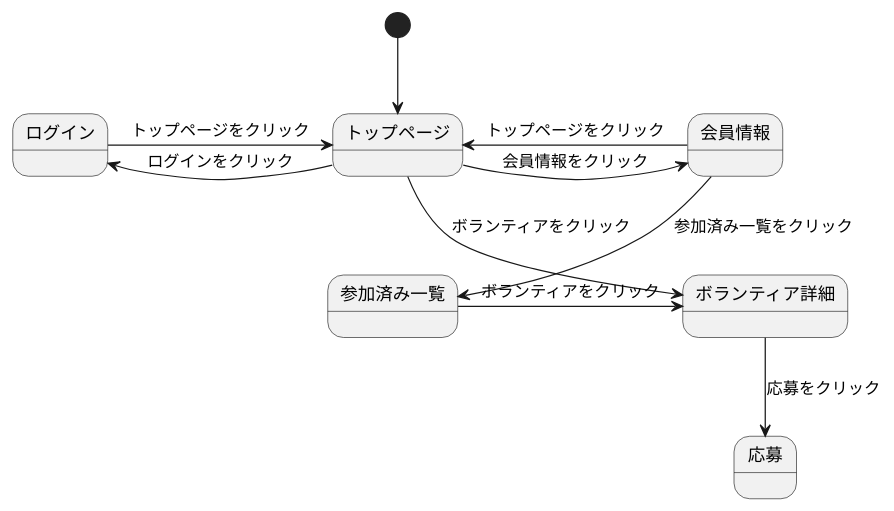
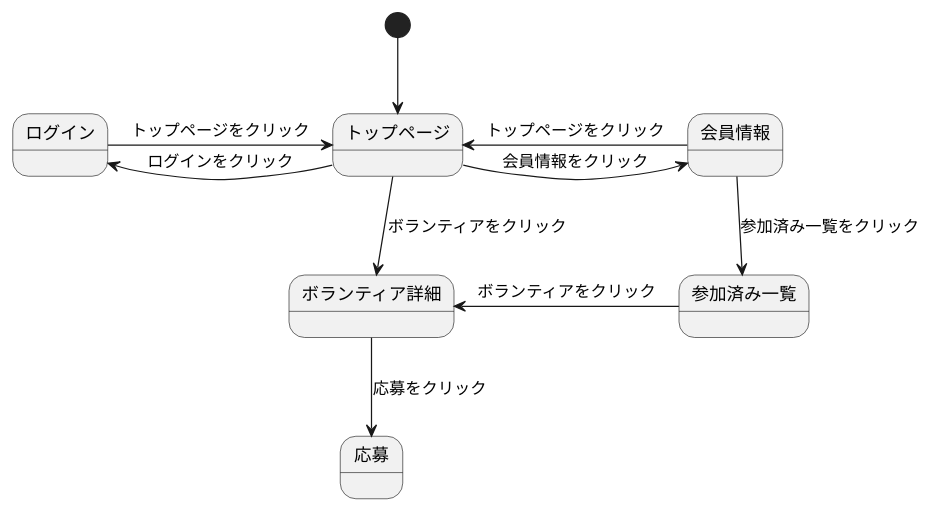
The diagram in 画面遷移図.md (Aso2001001/2022System), drawn with PlantUML before and after one commit.

````diff
--- a/画面遷移図.md
+++ b/画面遷移図.md
@@ -1,14 +1,14 @@
 ```uml
 @startuml
 [*] --> トップページ
 
 トップページ -> 会員情報 : 会員情報をクリック
 トップページ --> ボランティア詳細 : ボランティアをクリック
 ボランティア詳細 --> 応募 : 応募をクリック
 会員情報 -> トップページ : トップページをクリック
 トップページ -left-> ログイン : ログインをクリック
 ログイン -> トップページ : トップページをクリック
 会員情報 --> 参加済み一覧 : 参加済み一覧をクリック
-参加済み一覧 -> ボランティア詳細 : ボランティアをクリック
+参加済み一覧 -left-> ボランティア詳細 : ボランティアをクリック
 @enduml
 ```
````
